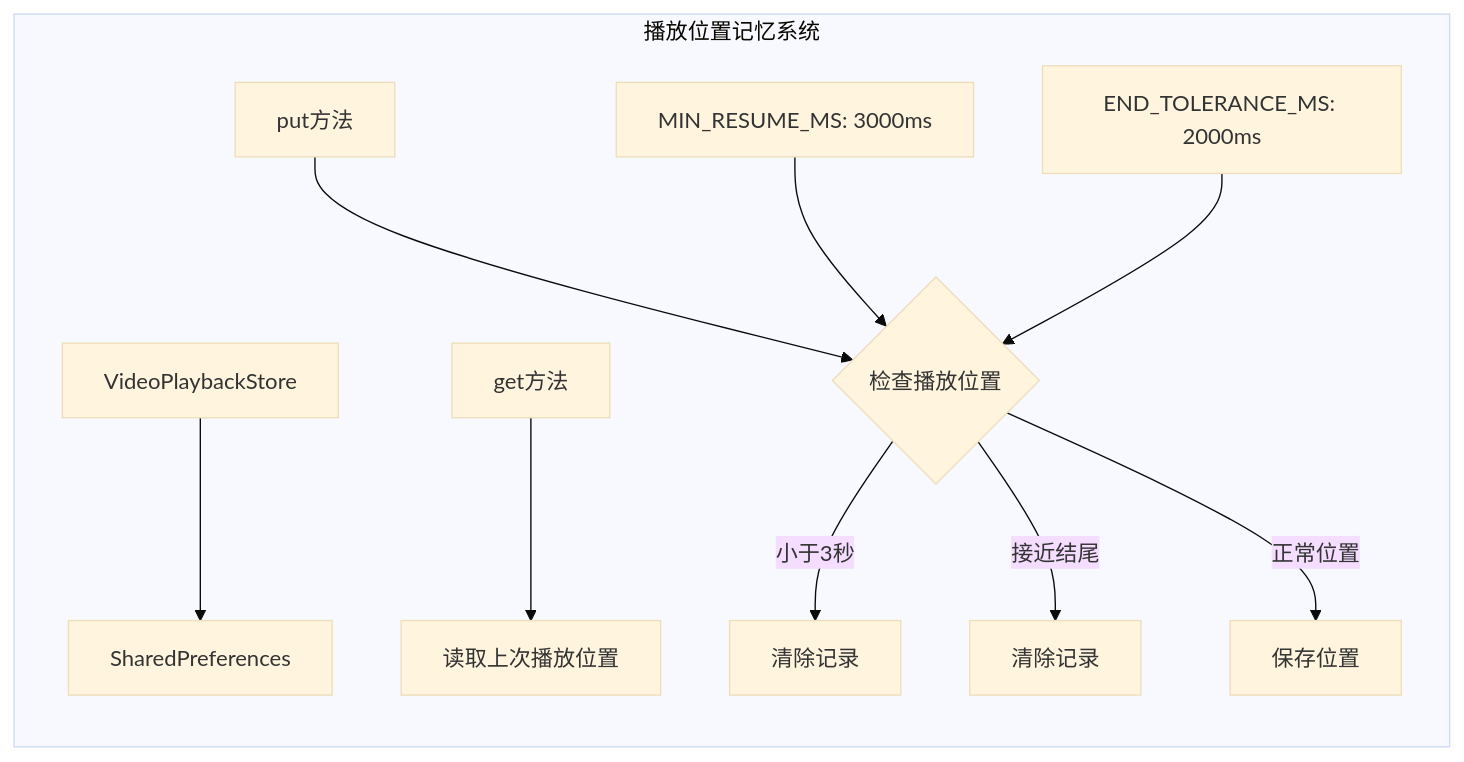
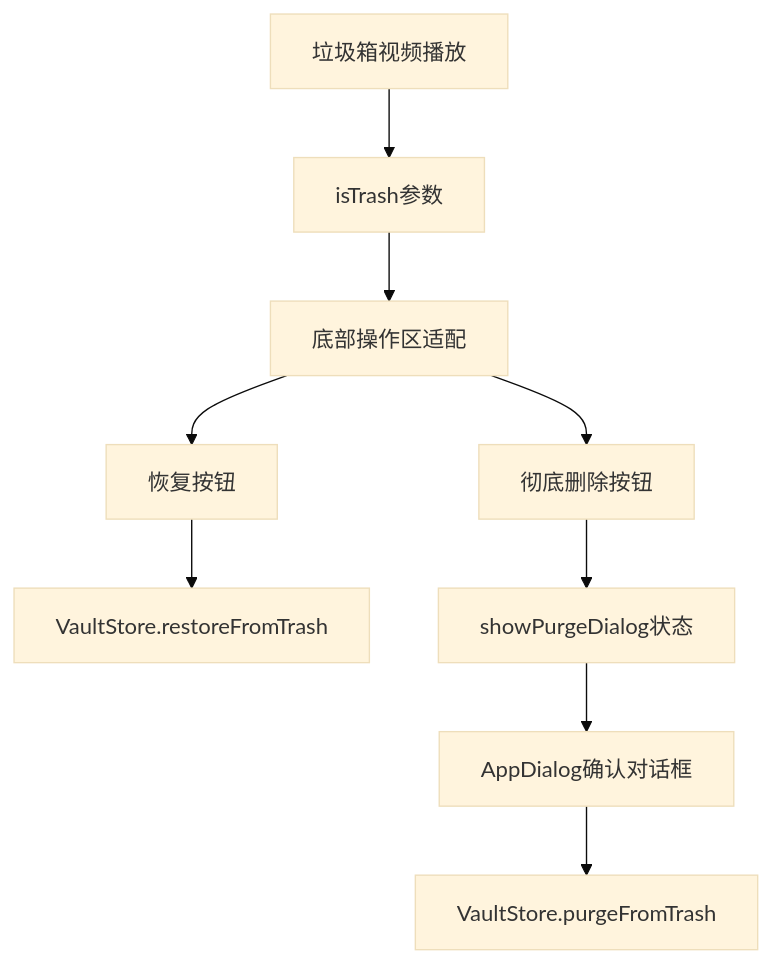
The sixth of 9 diagrams in .qoder/repowiki/zh/content/项目概述/核心功能特性/视频播放系统.md (wanhongbo/ai-photo-vault), drawn with Mermaid (base theme) before and after one commit. The commit also changed other lines of this file and 6 other files, not shown here.

````diff
--- a/.qoder/repowiki/zh/content/项目概述/核心功能特性/视频播放系统.md
+++ b/.qoder/repowiki/zh/content/项目概述/核心功能特性/视频播放系统.md
@@ -379,13 +423,11 @@
 ```mermaid
-flowchart LR
-subgraph "播放位置记忆系统"
-A[VideoPlaybackStore] --> B[SharedPreferences]
-C[get方法] --> D[读取上次播放位置]
-E[put方法] --> F{检查播放位置}
-F --> |小于3秒| G[清除记录]
-F --> |接近结尾| H[清除记录]
-F --> |正常位置| I[保存位置]
-J[MIN_RESUME_MS: 3000ms] --> F
-K[END_TOLERANCE_MS: 2000ms] --> F
-end
+flowchart TD
+A[垃圾箱视频播放] --> B[isTrash参数]
+B --> C[底部操作区适配]
+C --> D[恢复按钮]
+C --> E[彻底删除按钮]
+D --> F[VaultStore.restoreFromTrash]
+E --> G[showPurgeDialog状态]
+G --> H[AppDialog确认对话框]
+H --> I[VaultStore.purgeFromTrash]
 ```
````
